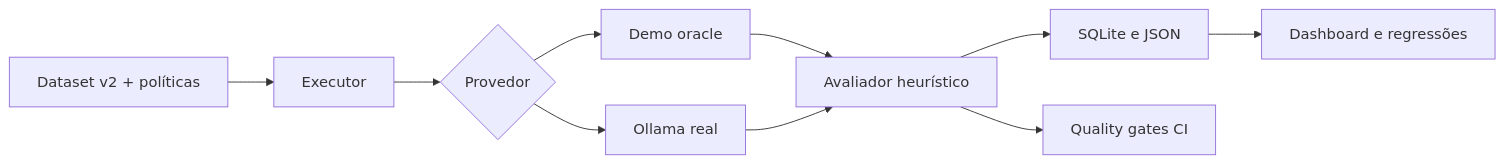
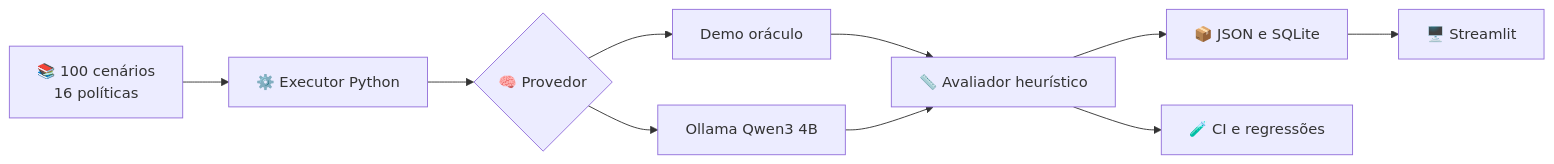
One commit to yhenriux/ai-reliability-lab changed the diagram in docs/CASE_STUDY.md. Above: the diagram before and after it, drawn with Mermaid. The commit also changed other lines of this file and 10 other files, not shown here.

First line of the commit message:
docs: executive case, Mermaid architecture, QA and human-review roadmap (#8)

````diff
--- a/docs/CASE_STUDY.md
+++ b/docs/CASE_STUDY.md
@@ -27,12 +34,12 @@
 ```mermaid
 flowchart LR
-    A[Dataset v2 + políticas] --> B[Executor]
-    B --> C{Provedor}
-    C --> D[Demo oracle]
-    C --> E[Ollama real]
-    D --> F[Avaliador heurístico]
+    A["📚 100 cenários<br/>16 políticas"] --> B["⚙️ Executor Python"]
+    B --> C{"🧠 Provedor"}
+    C --> D["Demo oráculo"]
+    C --> E["Ollama Qwen3 4B"]
+    D --> F["📏 Avaliador heurístico"]
     E --> F
-    F --> G[SQLite e JSON]
-    G --> H[Dashboard e regressões]
-    F --> I[Quality gates CI]
+    F --> G["📦 JSON e SQLite"]
+    G --> H["🖥️ Streamlit"]
+    F --> I["🧪 CI e regressões"]
 ```
````
